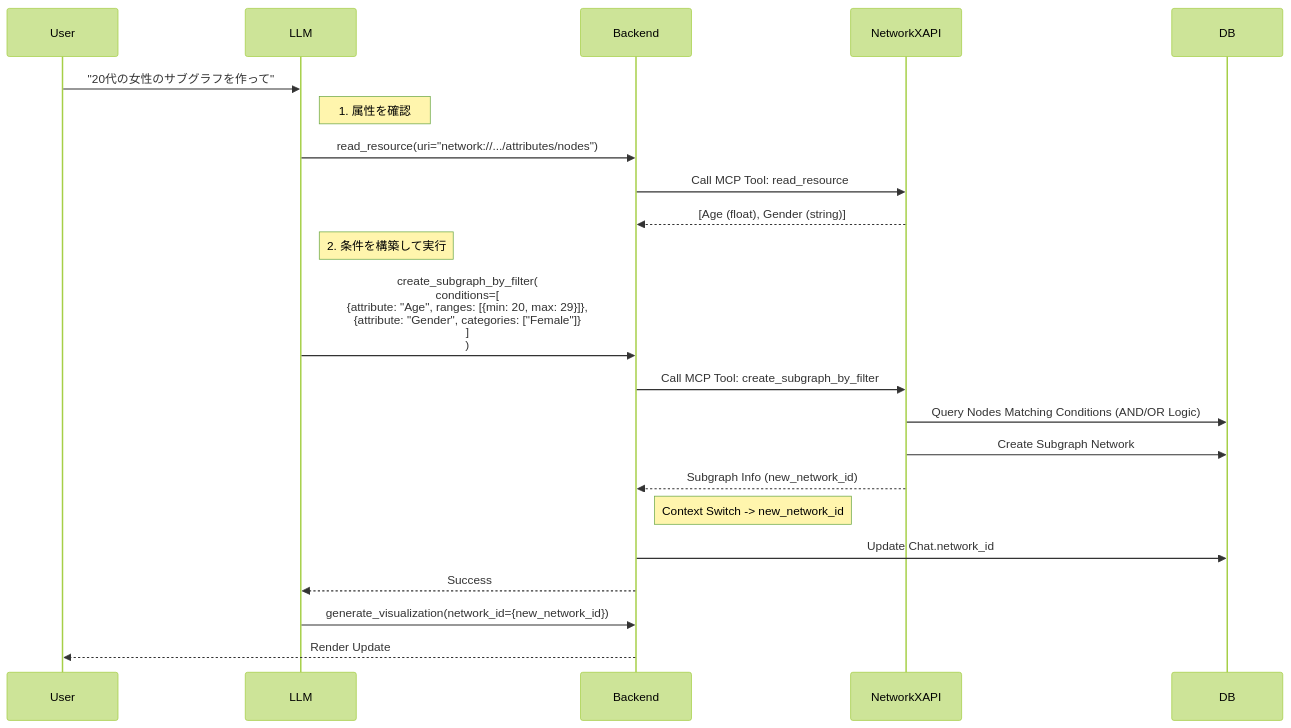
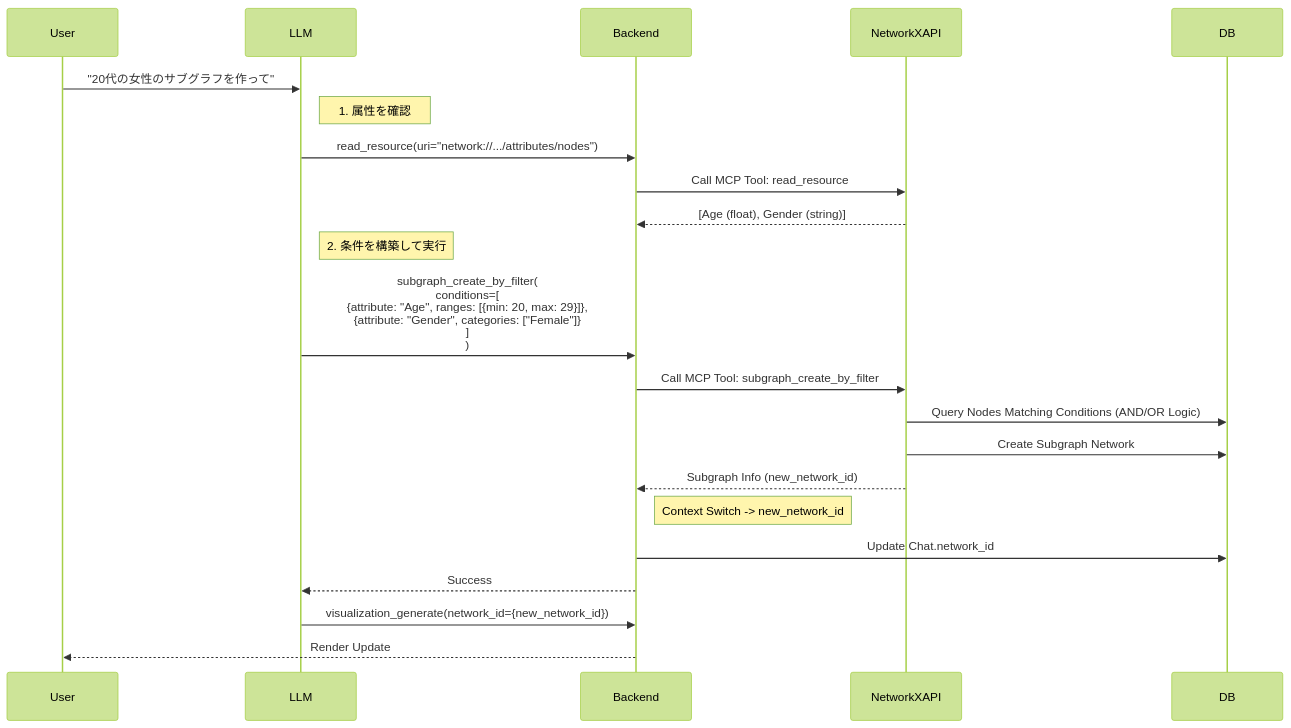
Diagram 11 of 13 in specification/2_Technical_Details/6_Core_Workflows.md (vdslab/LLMGraphvis), drawn with Mermaid (forest theme) before and after one commit. The commit also changed other lines of this file and 12 other files, not shown here.

````diff
--- a/specification/2_Technical_Details/6_Core_Workflows.md
+++ b/specification/2_Technical_Details/6_Core_Workflows.md
@@ -432,29 +442,29 @@
 ```mermaid
 sequenceDiagram
     participant User
     participant LLM
     participant Backend
     participant NetworkXAPI
     participant DB
 
     User->>LLM: "20代の女性のサブグラフを作って"
     
     note right of LLM: 1. 属性を確認
     LLM->>Backend: read_resource(uri="network://.../attributes/nodes")
     Backend->>NetworkXAPI: Call MCP Tool: read_resource
     NetworkXAPI-->>Backend: [Age (float), Gender (string)]
     
     note right of LLM: 2. 条件を構築して実行
-    LLM->>Backend: create_subgraph_by_filter(<br/>  conditions=[<br/>    {attribute: "Age", ranges: [{min: 20, max: 29}]},<br/>    {attribute: "Gender", categories: ["Female"]}<br/>  ]<br/>)
-    Backend->>NetworkXAPI: Call MCP Tool: create_subgraph_by_filter
+    LLM->>Backend: subgraph_create_by_filter(<br/>  conditions=[<br/>    {attribute: "Age", ranges: [{min: 20, max: 29}]},<br/>    {attribute: "Gender", categories: ["Female"]}<br/>  ]<br/>)
+    Backend->>NetworkXAPI: Call MCP Tool: subgraph_create_by_filter
     NetworkXAPI->>DB: Query Nodes Matching Conditions (AND/OR Logic)
     NetworkXAPI->>DB: Create Subgraph Network
     NetworkXAPI-->>Backend: Subgraph Info (new_network_id)
     
     note right of Backend: Context Switch -> new_network_id
     Backend->>DB: Update Chat.network_id
     
     Backend-->>LLM: Success
-    LLM->>Backend: generate_visualization(network_id={new_network_id})
+    LLM->>Backend: visualization_generate(network_id={new_network_id})
     Backend-->>User: Render Update
 ```
````
